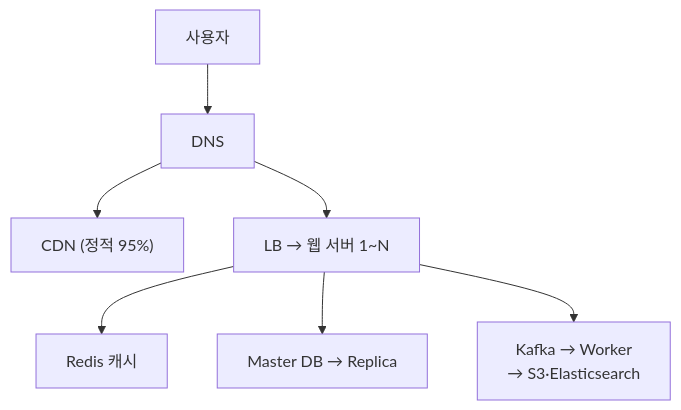
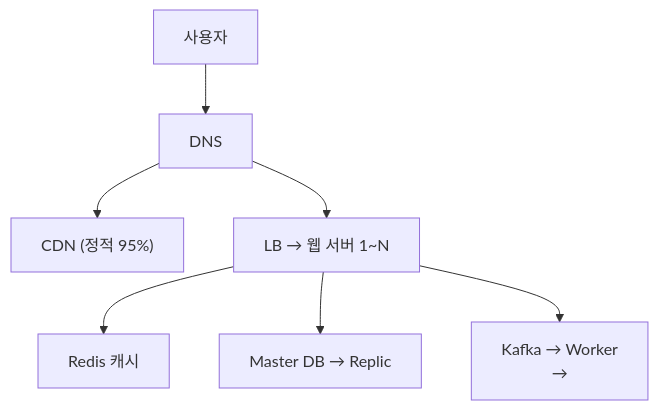
Diagram 15 of 17 in _posts/systemdesign/2026-05-02-system-design-fundamentals.md (yjkim2015/yjkim2015.github.io), drawn with Mermaid before and after one commit. The commit also changed other lines of this file and 271 other files, not shown here.

First line of the commit message:
Mermaid 라벨 축소: 긴 노드 텍스트 18자 이하로 트림 + \n 제거

````diff
--- a/_posts/systemdesign/2026-05-02-system-design-fundamentals.md
+++ b/_posts/systemdesign/2026-05-02-system-design-fundamentals.md
@@ -525,9 +525,9 @@
 ```mermaid
 graph TD
     User["사용자"] --> DNS["DNS"]
     DNS --> CDN["CDN (정적 95%)"]
     DNS --> LB["LB → 웹 서버 1~N"]
     LB --> Cache["Redis 캐시"]
-    LB --> DB["Master DB → Replica"]
-    LB --> MQ["Kafka → Worker\n→ S3·Elasticsearch"]
+    LB --> DB["Master DB → Replic"]
+    LB --> MQ["Kafka → Worker\n→"]
 ```
````
